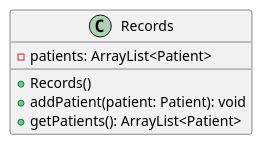
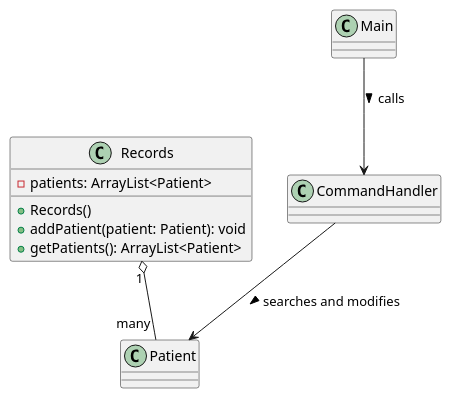
The diagram in docs/Records.puml (yentheng0110/tp), drawn with PlantUML before and after one commit. The commit also changed 7 other files, not shown here.

Commit message:
Class diagram association arrows

```diff
--- a/docs/Records.puml
+++ b/docs/Records.puml
@@ -1,11 +1,21 @@
 @startuml
 'https://plantuml.com/class-diagram
 
 class Records {
 -patients: ArrayList<Patient>
 +Records()
 +addPatient(patient: Patient): void
 +getPatients(): ArrayList<Patient>
 }
 
+class Patient {}
+class Main {}
+class Records {}
+class CommandHandler {}
+
+Main --> CommandHandler : calls >
+CommandHandler --> Patient : searches and modifies >
+Records "1" o-- "many" Patient
+
+
 @enduml
```
